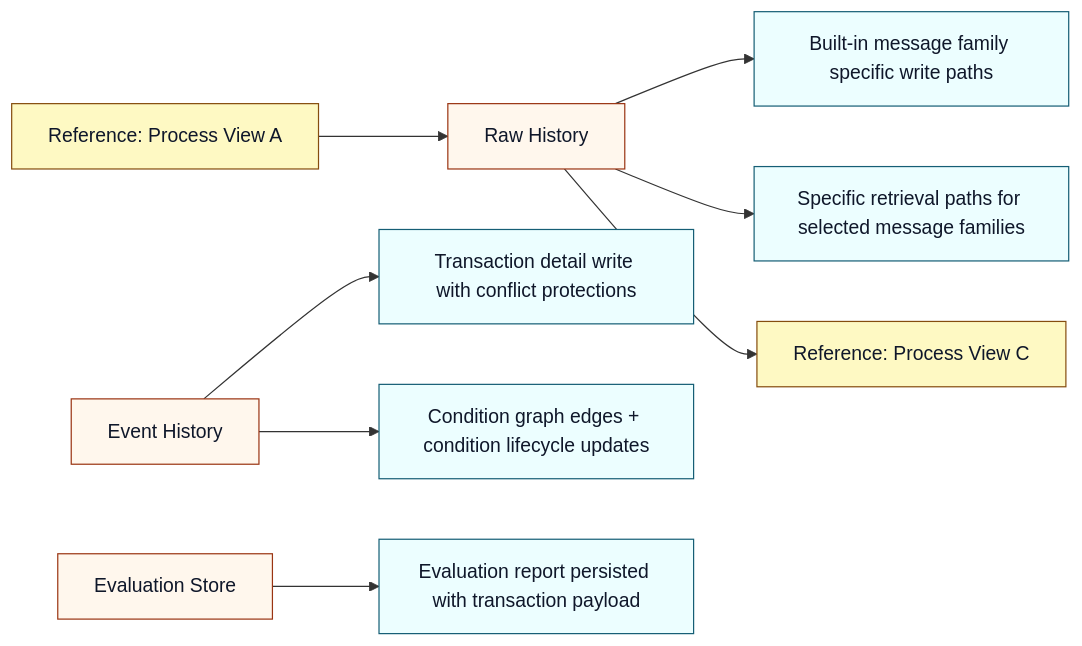
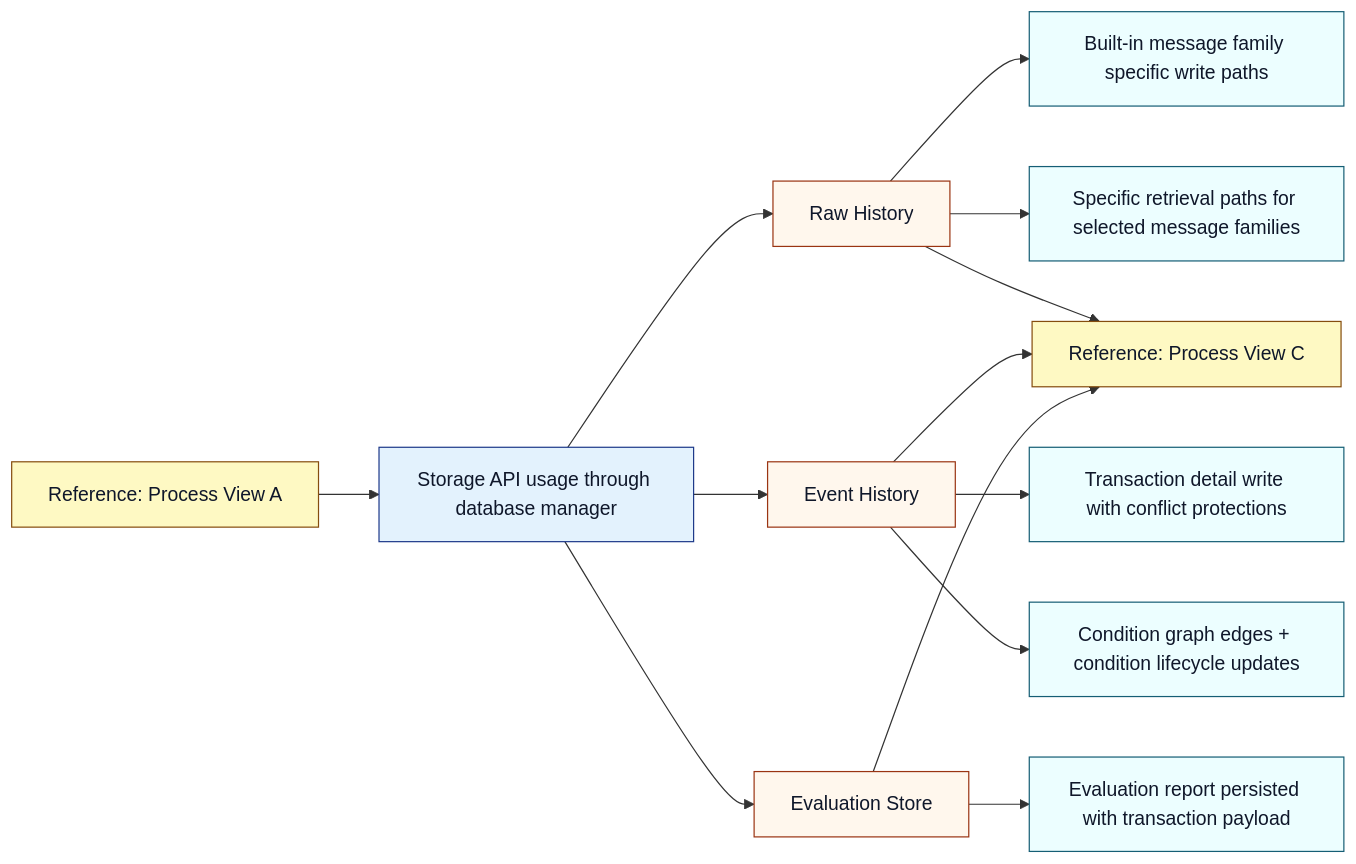
Before and after one commit to ahmad-paysys/proposal-frms-coe-lib: the second of 5 diagrams in ReadMe.md, drawn with Mermaid. The commit also changed other lines of this file, not shown here.

````diff
--- a/ReadMe.md
+++ b/ReadMe.md
@@ -81,19 +88,25 @@
 ```mermaid
 flowchart LR
   classDef persist fill:#FFF7ED,stroke:#9A3412,color:#0F172A,stroke-width:1px;
   classDef detail fill:#ECFEFF,stroke:#155E75,color:#0F172A,stroke-width:1px;
   classDef note fill:#FEF9C3,stroke:#854D0E,color:#0F172A,stroke-width:1px;
+  classDef hub fill:#E3F2FD,stroke:#1E3A8A,color:#0F172A,stroke-width:1px;
 
-  RH[Raw History]:::persist --> RH1[Built-in message family specific write paths]:::detail
+  NPREV[Reference: Process View A]:::note --> SH[Storage API usage through database manager]:::hub
+  SH --> RH[Raw History]:::persist
+  SH --> EH[Event History]:::persist
+  SH --> EV[Evaluation Store]:::persist
+
+  RH --> RH1[Built-in message family specific write paths]:::detail
   RH --> RH2[Specific retrieval paths for selected message families]:::detail
 
-  EH[Event History]:::persist --> EH1[Transaction detail write with conflict protections]:::detail
+  EH --> EH1[Transaction detail write with conflict protections]:::detail
   EH --> EH2[Condition graph edges + condition lifecycle updates]:::detail
 
-  EV[Evaluation Store]:::persist --> EV1[Evaluation report persisted with transaction payload]:::detail
+  EV --> EV1[Evaluation report persisted with transaction payload]:::detail
 
-  NPREV[Reference: Process View A]:::note
   NNEXT[Reference: Process View C]:::note
-  NPREV --> RH
   RH --> NNEXT
+  EH --> NNEXT
+  EV --> NNEXT
 ```
````
